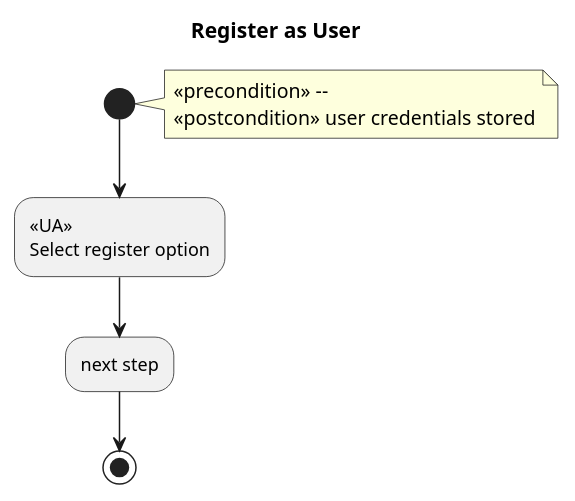
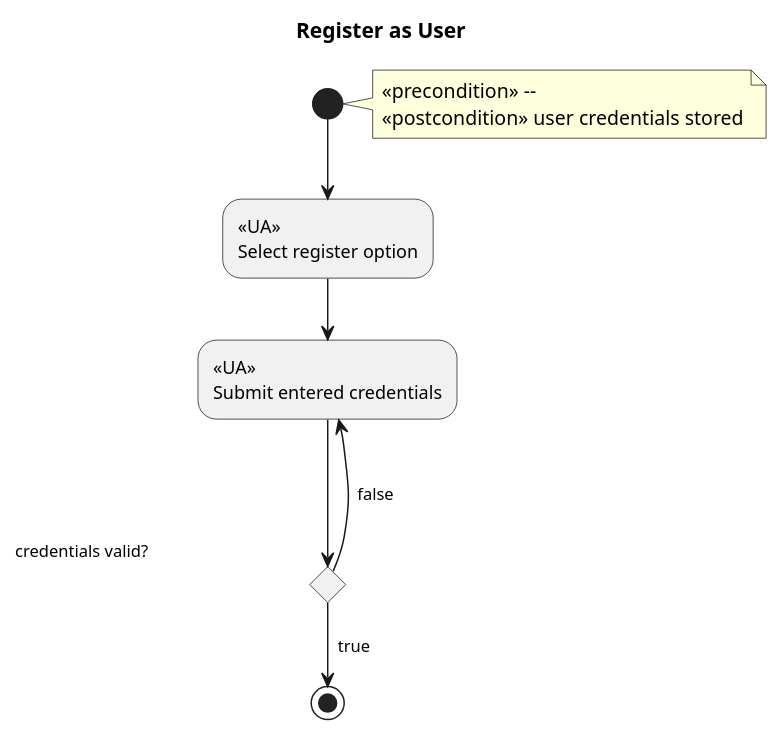
Before and after one commit to bzg/worg: the diagram in org-contrib/gsoc2012/student-projects/bugpile/i.org, drawn with PlantUML. The commit also changed other lines of this file and 1 other file, not shown here.

Commit message:
[gsoc12] register-as-user-uml-roa plantuml sourceblock in i.org finished.

```diff
--- a/org-contrib/gsoc2012/student-projects/bugpile/i.org
+++ b/org-contrib/gsoc2012/student-projects/bugpile/i.org
@@ -644,7 +659,11 @@
-#+begin_src plantuml :file ../../../../images/gsoc/2012/bugpile/register-as-user-uml-roa.png :exports both
+#+begin_src plantuml :file ../../../../images/gsoc/2012/bugpile/register-as-user-uml-roa.png 
   title Register as User
   note right: <<precondition>> -- \n<<postcondition>> user credentials stored
-  (*)--> "<<UA>>\nSelect register option"
-  --> "next step"
-  --> (*)
+  (*) -->  "<<UA>>\nSelect register option"
+  --> "<<UA>>\nSubmit entered credentials"
+  if "credentials valid?                                   " then
+    --> [  true]  (*)
+  else
+    ---> [  false] "<<UA>>\nSubmit entered credentials"
+  endif
 #+end_src
```
